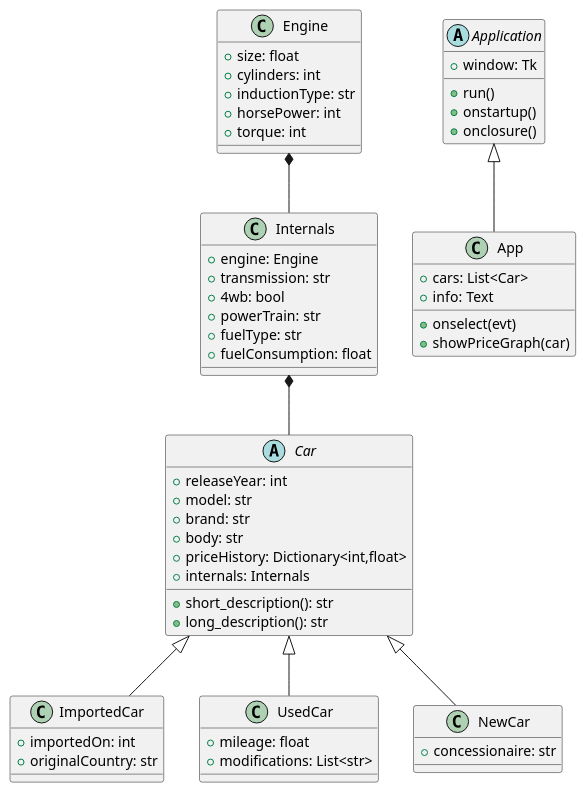
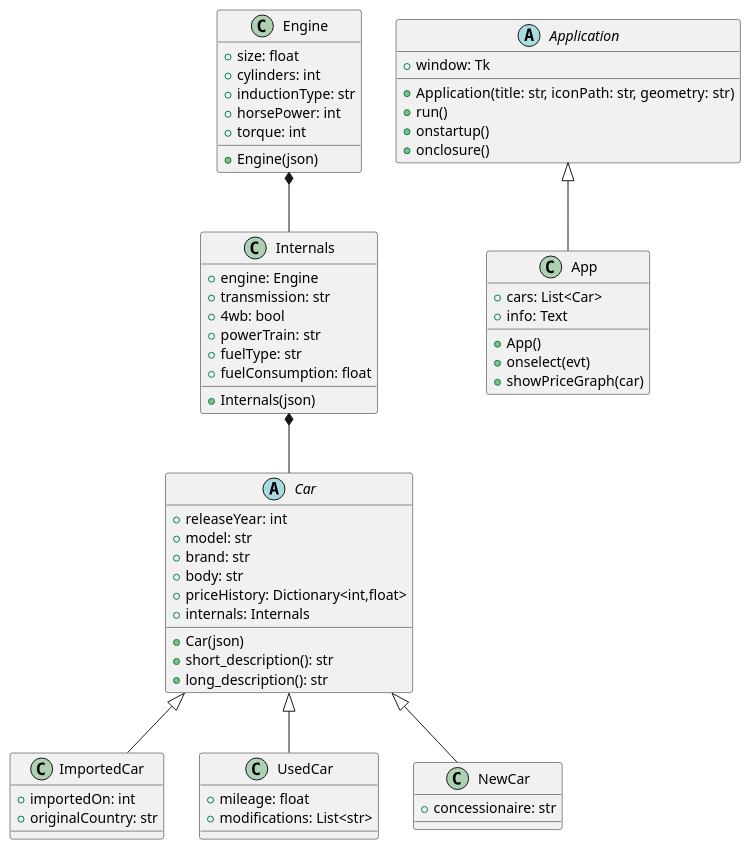
The diagram in Carpedia.puml (ooplata/carpedia), drawn with PlantUML before and after one commit.

Commit message:
Added constructors

```diff
--- a/Carpedia.puml
+++ b/Carpedia.puml
@@ -1,63 +1,72 @@
 @startuml Project
 class ImportedCar extends Car {
     +importedOn: int
     +originalCountry: str
 }
 
 class UsedCar extends Car {
     +mileage: float
     +modifications: List<str>
 }
 
 class NewCar extends Car {
     +concessionaire: str
 }
 
 Engine *-- Internals
 Internals *-- Car
 
 abstract class Car {
+    +Car(json)
+
     +releaseYear: int
     +model: str
     +brand: str
     +body: str
     +priceHistory: Dictionary<int,float>
     +internals: Internals
 
     +short_description(): str
     +long_description(): str
 }
 
 class Internals {
+    +Internals(json)
+
     +engine: Engine
     +transmission: str
     +4wb: bool
     +powerTrain: str
     +fuelType: str
     +fuelConsumption: float
 }
 
 class Engine {
+    +Engine(json)
+
     +size: float
     +cylinders: int
     +inductionType: str
     +horsePower: int
     +torque: int
 }
 
 abstract class Application {
+    +Application(title: str, iconPath: str, geometry: str)
     +window: Tk
 
     +run()
     +onstartup()
     +onclosure()
 }
 
 class App extends Application {
+    +App()
+
     +cars: List<Car>
     +info: Text
 
     +onselect(evt)
     +showPriceGraph(car)
 }
 @enduml
```
